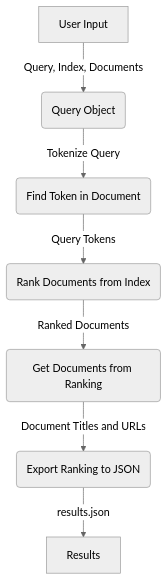
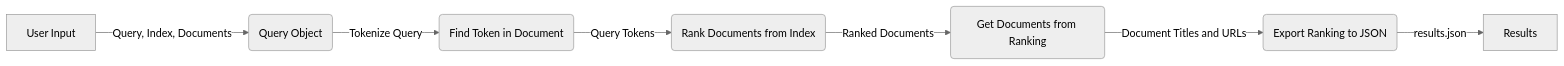
The diagram in README.md (odi77/web-query-expansion), drawn with Mermaid (neutral theme) before and after one commit.

Commit message:
README update

````diff
--- a/README.md
+++ b/README.md
@@ -7,9 +7,9 @@
 ```mermaid
-graph TD;
+graph LR;
   A[User Input] -->|Query, Index, Documents| B(Query Object)
   B -->|Tokenize Query| C(Find Token in Document)
   C -->|Query Tokens| D(Rank Documents from Index)
   D -->|Ranked Documents| E(Get Documents from Ranking)
   E -->|Document Titles and URLs| F(Export Ranking to JSON)
   F -->|results.json| G[Results]
 ```
````
